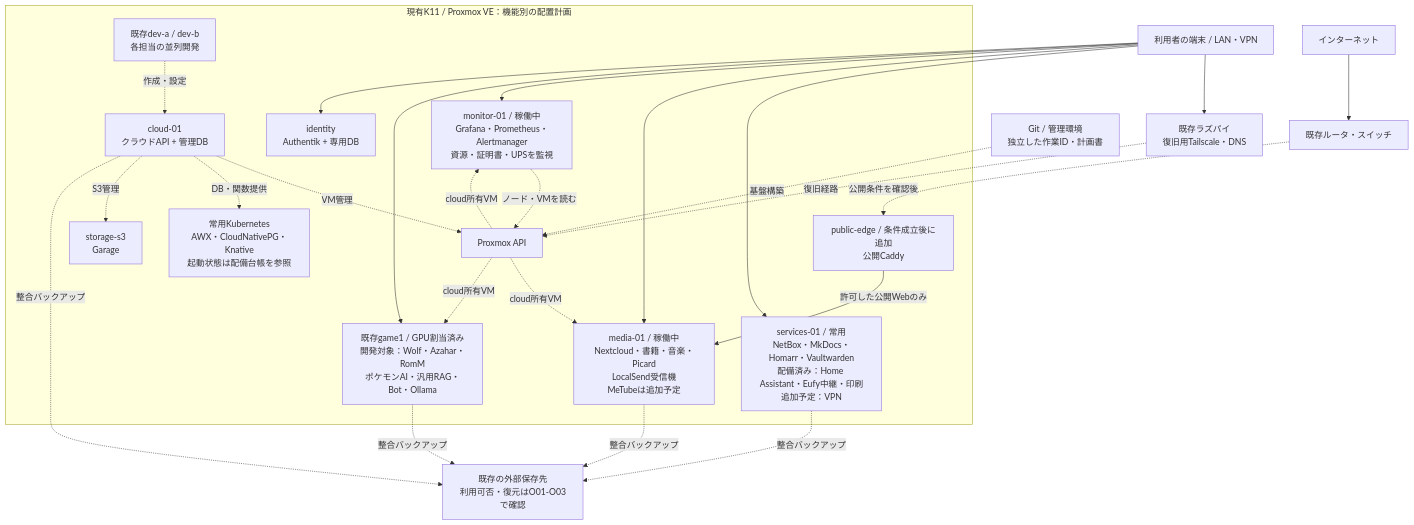
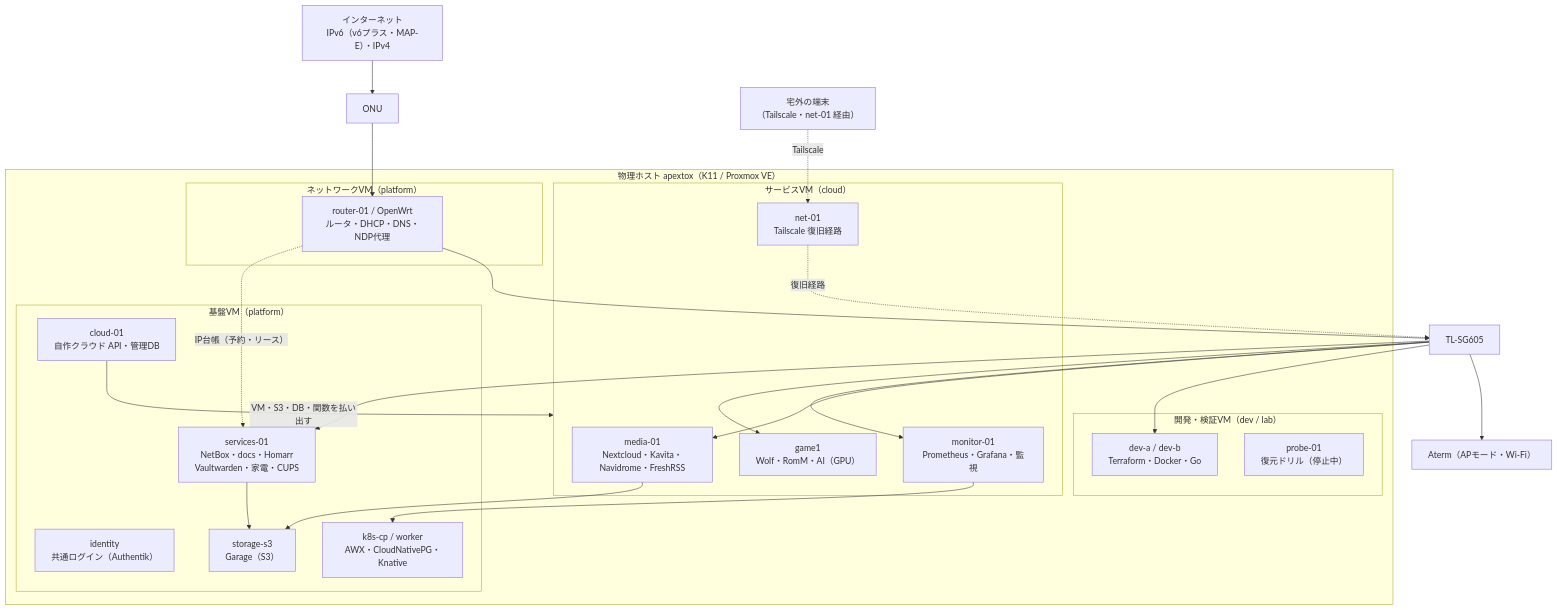
Before and after one commit to rurutheGeek/shake-cloud: the diagram in docs/architecture/diagrams/overview.mmd, drawn with Mermaid. The commit also changed 9 other files, not shown here.

First line of the commit message:
docs(network): ネットワークの全体図を現状に更新する

```diff
--- a/docs/architecture/diagrams/overview.mmd
+++ b/docs/architecture/diagrams/overview.mmd
@@ -1,40 +1,45 @@
 flowchart TB
-  users["利用者の端末 / LAN・VPN"]
-  pi["既存ラズパイ<br/>復旧用Tailscale・DNS"]
-  internet["インターネット"] --> router["既存ルータ・スイッチ"]
-  subgraph host["現有K11 / Proxmox VE：機能別の配置計画"]
-    services["services-01 / 常用<br/>NetBox・MkDocs・Homarr・Vaultwarden<br/>配備済み：Home Assistant・Eufy中継・印刷<br/>追加予定：VPN"]
-    media["media-01 / 稼働中<br/>Nextcloud・書籍・音楽・Picard<br/>LocalSend受信機<br/>MeTubeは追加予定"]
-    monitor["monitor-01 / 稼働中<br/>Grafana・Prometheus・Alertmanager<br/>資源・証明書・UPSを監視"]
-    game["既存game1 / GPU割当済み<br/>開発対象：Wolf・Azahar・RomM<br/>ポケモンAI・汎用RAG・Bot・Ollama"]
-    identity["identity<br/>Authentik + 専用DB"]
-    cloud["cloud-01<br/>クラウドAPI + 管理DB"]
-    k8s["常用Kubernetes<br/>AWX・CloudNativePG・Knative<br/>起動状態は配備台帳を参照"]
-    s3["storage-s3<br/>Garage"]
-    edge["public-edge / 条件成立後に追加<br/>公開Caddy"]
-    pve["Proxmox API"]
-    dev["既存dev-a / dev-b<br/>各担当の並列開発"]
-    edge -->|許可した公開Webのみ| media
-    cloud -. VM管理 .-> pve
-    cloud -. DB・関数提供 .-> k8s
-    cloud -. S3管理 .-> s3
-    pve -. cloud所有VM .-> media
-    pve -. cloud所有VM .-> monitor
-    pve -. cloud所有VM .-> game
-    monitor -. ノード・VMを読む .-> pve
-    dev -. 作成・設定 .-> cloud
+  internet["インターネット<br/>IPv6（v6プラス・MAP-E）・IPv4"]
+  onu["ONU"]
+  remote["宅外の端末<br/>（Tailscale・net-01 経由）"]
+
+  subgraph host["物理ホスト apextox（K11 / Proxmox VE）"]
+    subgraph netvm["ネットワークVM（platform）"]
+      router["router-01 / OpenWrt<br/>ルータ・DHCP・DNS・NDP代理"]
+    end
+    subgraph infra["基盤VM（platform）"]
+      identity["identity<br/>共通ログイン（Authentik）"]
+      cloud01["cloud-01<br/>自作クラウド API・管理DB"]
+      services01["services-01<br/>NetBox・docs・Homarr<br/>Vaultwarden・家電・CUPS"]
+      storage["storage-s3<br/>Garage（S3）"]
+      k8s["k8s-cp / worker<br/>AWX・CloudNativePG・Knative"]
+    end
+    subgraph svcpool["サービスVM（cloud）"]
+      media["media-01<br/>Nextcloud・Kavita・Navidrome・FreshRSS"]
+      monitor["monitor-01<br/>Prometheus・Grafana・監視"]
+      game["game1<br/>Wolf・RomM・AI（GPU）"]
+      net01["net-01<br/>Tailscale 復旧経路"]
+    end
+    subgraph devpool["開発・検証VM（dev / lab）"]
+      dev["dev-a / dev-b<br/>Terraform・Docker・Go"]
+      probe["probe-01<br/>復元ドリル（停止中）"]
+    end
   end
-  users --> services
-  users --> media
-  users --> monitor
-  users --> game
-  users --> identity
-  users --> pi
-  pi -. 復旧経路 .-> pve
-  router -. 公開条件を確認後 .-> edge
-  git["Git / 管理環境<br/>独立した作業ID・計画書"] -. 基盤構築 .-> pve
-  backup["既存の外部保存先<br/>利用可否・復元はO01-O03で確認"]
-  services -. 整合バックアップ .-> backup
-  media -. 整合バックアップ .-> backup
-  game -. 整合バックアップ .-> backup
-  cloud -. 整合バックアップ .-> backup
+  switch["TL-SG605"]
+  aterm["Aterm（APモード・Wi-Fi）"]
+
+  internet --> onu --> router
+  router --> switch
+  switch --> aterm
+  switch --> services01
+  switch --> media
+  switch --> monitor
+  switch --> game
+  switch --> dev
+  remote -. Tailscale .-> net01
+  net01 -. 復旧経路 .-> switch
+  cloud01 -- "VM・S3・DB・関数を払い出す" --> svcpool
+  services01 --> storage
+  media --> storage
+  monitor --> k8s
+  router -. "IP台帳（予約・リース）" .-> services01
```
